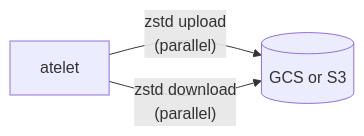
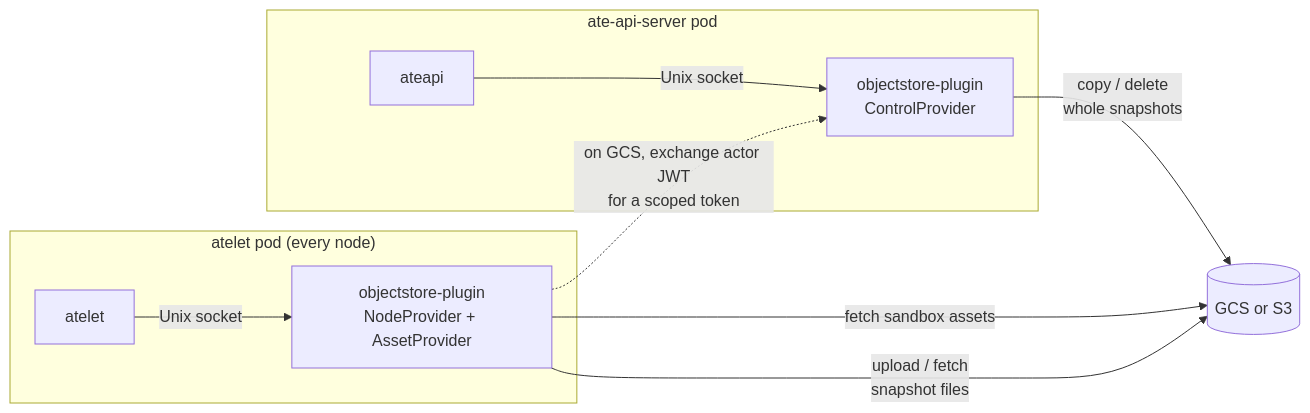
One commit to christian-posta/substrate changed the second of 2 diagrams in atlas/src/content/docs/components/storage.mdx. Above: the diagram before and after it, drawn with Mermaid. The commit also changed other lines of this file and 34 other files, not shown here.

````diff
--- a/atlas/src/content/docs/components/storage.mdx
+++ b/atlas/src/content/docs/components/storage.mdx
@@ -72,7 +125,16 @@
 ```mermaid
 flowchart LR
-  AT[atelet] -- zstd upload<br/>(parallel) --> G[("GCS or S3")]
-  AT -- zstd download<br/>(parallel) --> G
+  subgraph NODE["atelet pod (every node)"]
+    AT[atelet] -- Unix socket --> NP["objectstore-plugin<br/>NodeProvider + AssetProvider"]
+  end
+  subgraph CP["ate-api-server pod"]
+    API[ateapi] -- Unix socket --> CPV["objectstore-plugin<br/>ControlProvider"]
+  end
+  NP -- upload / fetch<br/>snapshot files --> OBJ[("GCS or S3")]
+  NP -- fetch sandbox assets --> OBJ
+  CPV -- copy / delete<br/>whole snapshots --> OBJ
+  NP -. on GCS, exchange actor JWT<br/>for a scoped token .-> CPV
 
   click AT "/components/atelet/" "atelet"
+  click API "/components/ateapi/" "ateapi"
 ```
````
